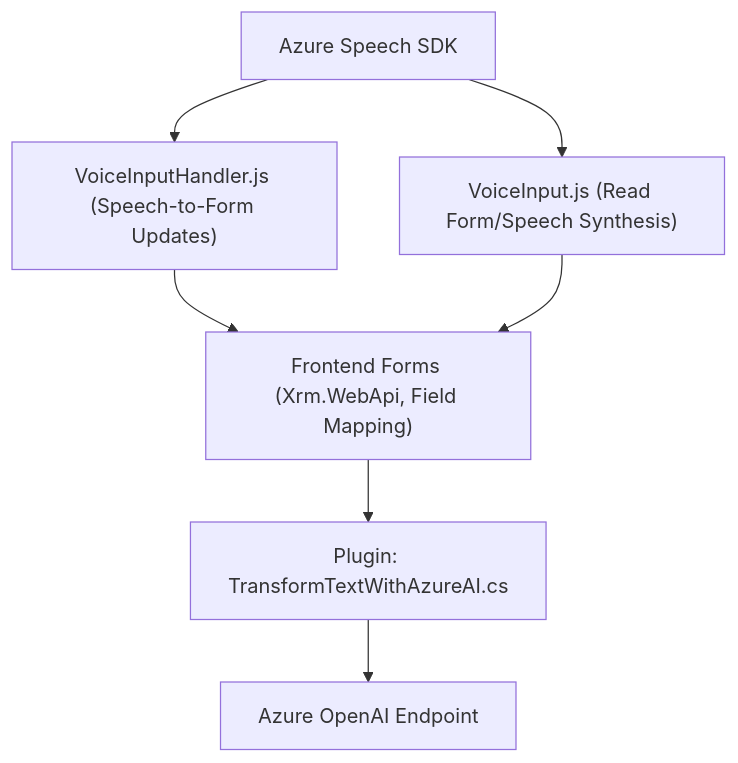
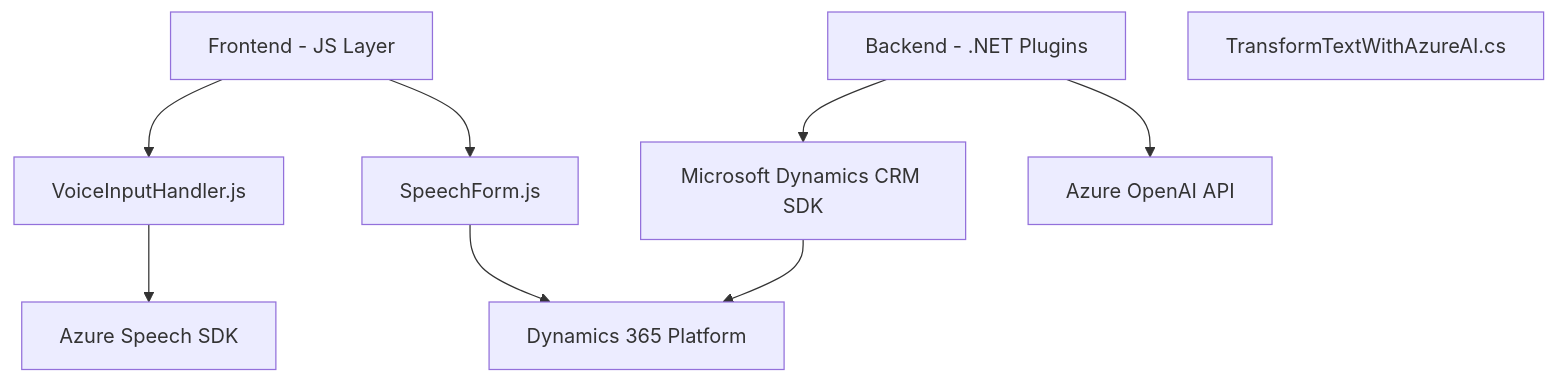
One commit to blopezdm/NETCORE_BILBAO2025 changed the diagram in README.md. Above: the diagram before and after it, drawn with Mermaid. The commit also changed other lines of this file, not shown here.

````diff
--- a/README.md
+++ b/README.md
@@ -36,9 +42,21 @@
 ```mermaid
 graph TD
-    A["Azure Speech SDK"] --> B["VoiceInput.js (Read Form/Speech Synthesis)"]
-    A --> C["VoiceInputHandler.js (Speech-to-Form Updates)"]
-    C --> D["Frontend Forms (Xrm.WebApi, Field Mapping)"]
+    A["Frontend - JS Layer"]
+    B["VoiceInputHandler.js"]
+    C["SpeechForm.js"]
+    D["Azure Speech SDK"]
+    E["Dynamics 365 Platform"]
+
+    F["Backend - .NET Plugins"]
+    G["TransformTextWithAzureAI.cs"]
+    H["Microsoft Dynamics CRM SDK"]
+    I["Azure OpenAI API"]
+
+    A --> B
+    A --> C
     B --> D
-    D --> E["Plugin: TransformTextWithAzureAI.cs"]
-    E --> F["Azure OpenAI Endpoint"]
+    C --> E
+    F --> H
+    F --> I
+    H --> E
 ```
````
